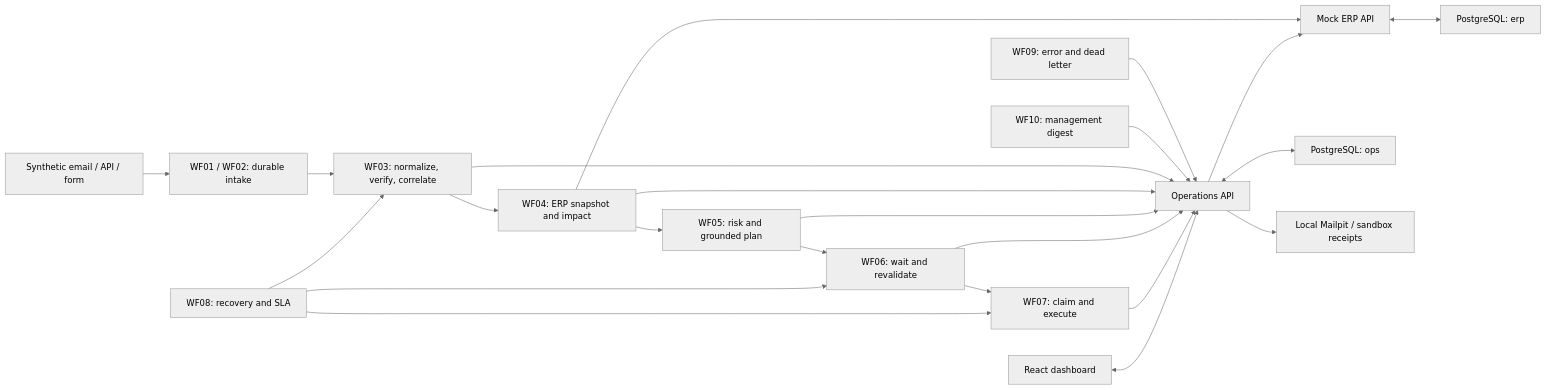
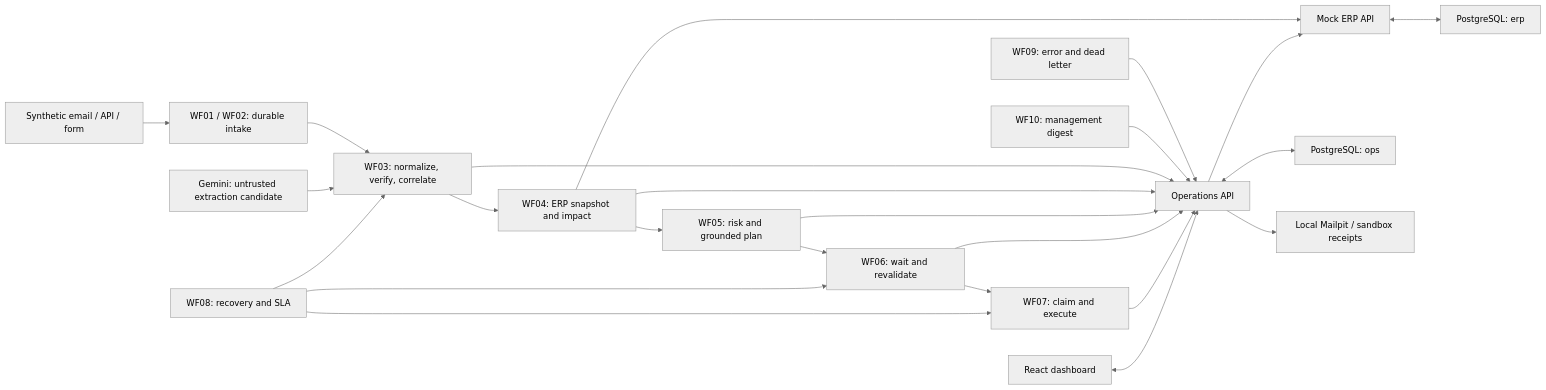
One commit to Mvstnz/ai-production-incident-control changed the diagram in docs/architecture.md. Above: the diagram before and after it, drawn with Mermaid (neutral theme). The commit also changed other lines of this file and 46 other files, not shown here.

````diff
--- a/docs/architecture.md
+++ b/docs/architecture.md
@@ -8,25 +8,26 @@
 ```mermaid
 flowchart LR
   Sources["Synthetic email / API / form"] --> Intake["WF01 / WF02: durable intake"]
   Intake --> Verify["WF03: normalize, verify, correlate"]
+  Gemini["Gemini: untrusted extraction candidate"] --> Verify
   Verify --> Impact["WF04: ERP snapshot and impact"]
   Impact --> Plan["WF05: risk and grounded plan"]
   Plan --> Approval["WF06: wait and revalidate"]
   Approval --> Action["WF07: claim and execute"]
   Recovery["WF08: recovery and SLA"] --> Verify
   Recovery --> Approval
   Recovery --> Action
   Errors["WF09: error and dead letter"] --> Ops
   Digest["WF10: management digest"] --> Ops
   Verify --> Ops["Operations API"]
   Impact --> ERP["Mock ERP API"]
   Impact --> Ops
   Plan --> Ops
   Approval --> Ops
   Action --> Ops
   UI["React dashboard"] <--> Ops
   Ops <--> State["PostgreSQL: ops"]
   ERP <--> ERPData["PostgreSQL: erp"]
   Ops --> ERP
   Ops --> Mail["Local Mailpit / sandbox receipts"]
 ```
````
